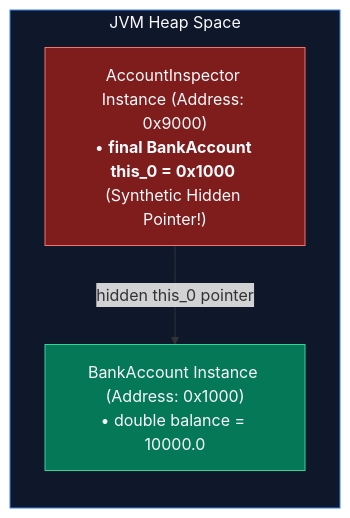
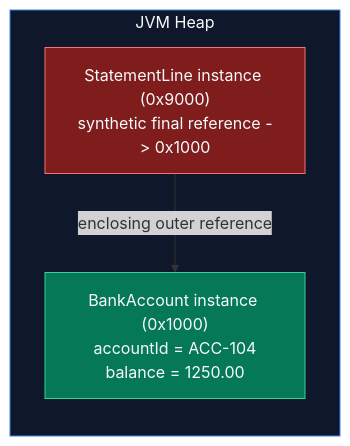
Before and after one commit to ravishankar2463/java_hub: the second of 2 diagrams in content/roadmap/level-1/advanced-class-design.md, drawn with Mermaid. The commit also changed other lines of this file and 119 other files, not shown here.

Commit message:
feat: add comprehensive java learning roadmap content across multiple levels

````diff
--- a/content/roadmap/level-1/advanced-class-design.md
+++ b/content/roadmap/level-1/advanced-class-design.md
@@ -112,13 +119,13 @@
 ```mermaid
 flowchart LR
-    subgraph HeapMemory ["JVM Heap Space"]
-        OuterObj["BankAccount Instance (Address: 0x1000)<br/>• double balance = 10000.0"]
-        InnerObj["AccountInspector Instance (Address: 0x9000)<br/>• <b>final BankAccount this_0 = 0x1000</b> (Synthetic Hidden Pointer!)"]
+    subgraph HeapMemory ["JVM Heap"]
+        OuterObj["BankAccount instance (0x1000)<br/>accountId = ACC-104<br/>balance = 1250.00"]
+        InnerObj["StatementLine instance (0x9000)<br/>synthetic final reference -> 0x1000"]
     end
 
-    InnerObj -->|"hidden this_0 pointer"| OuterObj
+    InnerObj -->|"enclosing outer reference"| OuterObj
 
     style HeapMemory fill:#0f172a,stroke:#3b82f6,color:#f8fafc
     style OuterObj fill:#047857,stroke:#34d399,color:#f8fafc
     style InnerObj fill:#7f1d1d,stroke:#f87171,color:#f8fafc
 ```
````
